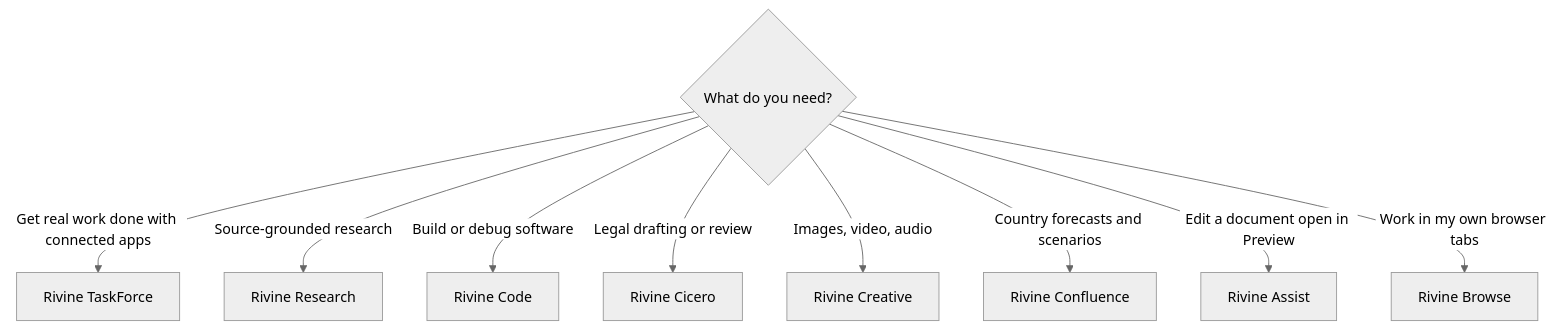
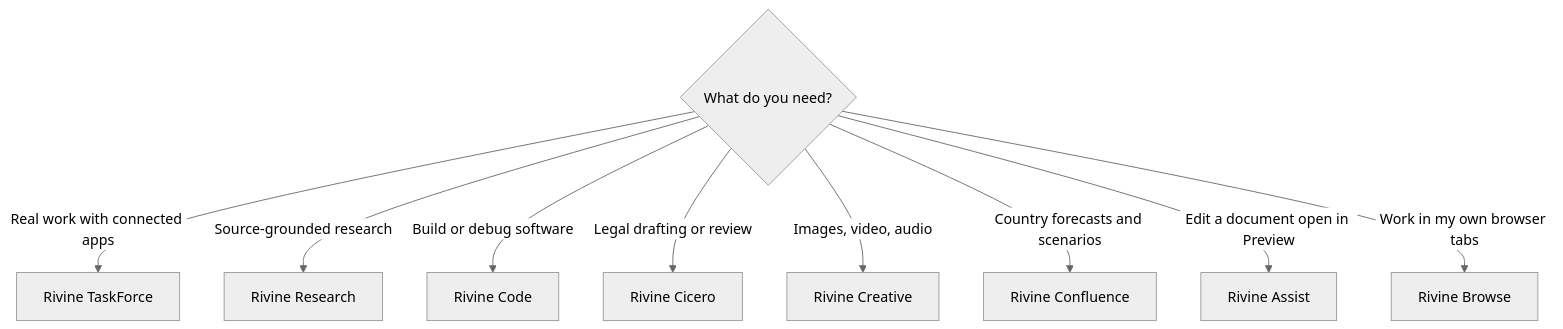
One commit to Beunec/beunec-site-staging changed the fourth of 9 diagrams in Aselius Platform Documentations/aselius-workspace.md. Above: the diagram before and after it, drawn with Mermaid (neutral theme). The commit also changed other lines of this file and 99 other files, not shown here.

````diff
--- a/Aselius Platform Documentations/aselius-workspace.md
+++ b/Aselius Platform Documentations/aselius-workspace.md
@@ -227,12 +151,12 @@
 ```mermaid
 flowchart TD
     Q{"What do you need?"}
-    Q -->|"Get real work done with connected apps"| TF["Rivine TaskForce"]
+    Q -->|"Real work with connected apps"| TF["Rivine TaskForce"]
     Q -->|"Source-grounded research"| R["Rivine Research"]
     Q -->|"Build or debug software"| CO["Rivine Code"]
     Q -->|"Legal drafting or review"| CI["Rivine Cicero"]
     Q -->|"Images, video, audio"| CR["Rivine Creative"]
     Q -->|"Country forecasts and scenarios"| CF["Rivine Confluence"]
     Q -->|"Edit a document open in Preview"| AS["Rivine Assist"]
     Q -->|"Work in my own browser tabs"| BR["Rivine Browse"]
 ```
````
